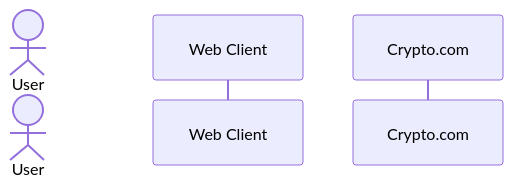
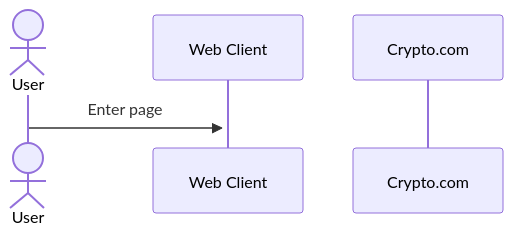
One commit to YuAnWu0000/cryptoExchange changed the diagram in README.md. Above: the diagram before and after it, drawn with Mermaid.

Commit message:
UPDATE: Websocket flow chart in README.md

````diff
--- a/README.md
+++ b/README.md
@@ -11,7 +11,7 @@
 ```mermaid
 sequenceDiagram
   actor User
   participant Web Client
   participant Crypto.com
-
+  User ->>+ Web Client: Enter page
 ```
````
